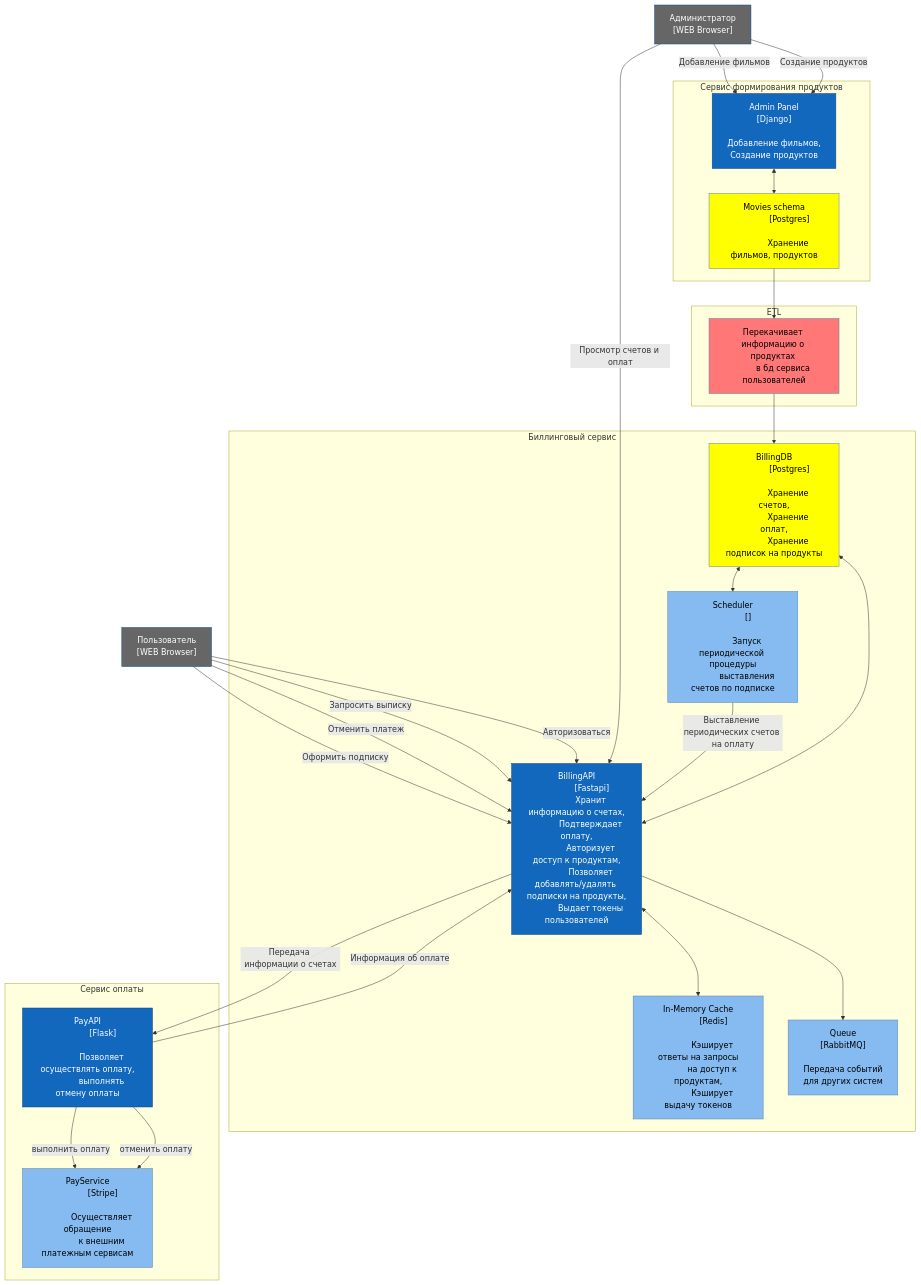
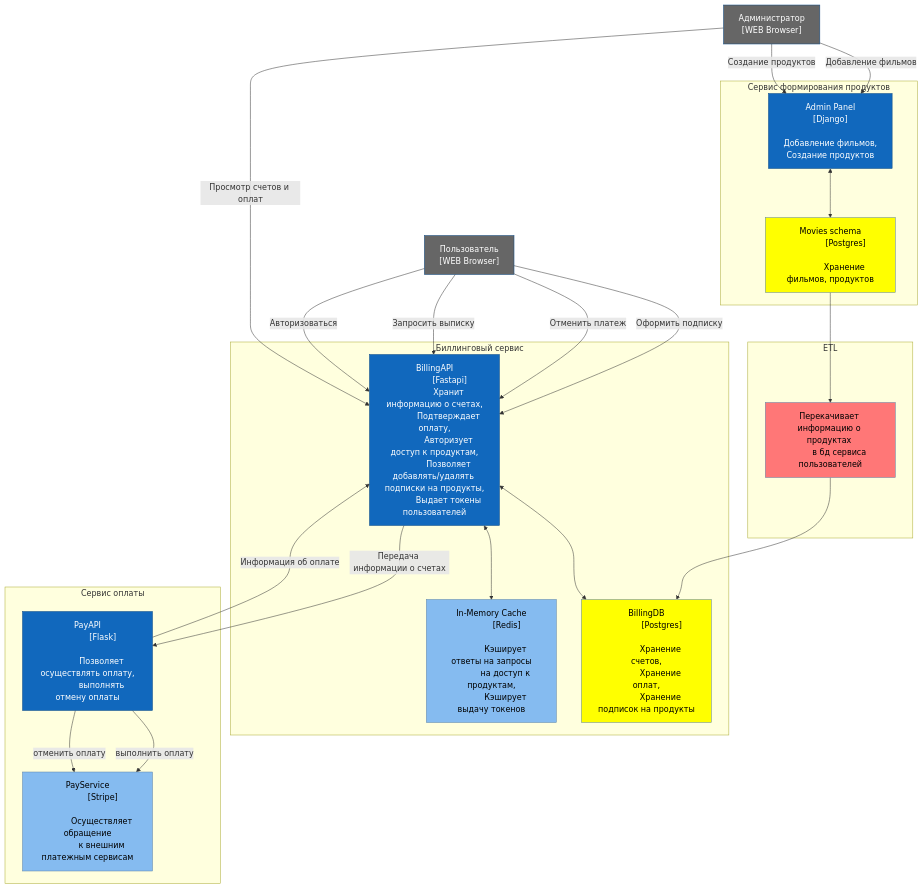
The diagram in architecture/components.md (fall3nangel/Billing_Stripe), drawn with Mermaid before and after one commit.

Commit message:
update components model

```diff
--- a/architecture/components.md
+++ b/architecture/components.md
@@ -64,23 +64,12 @@
             Кэширует ответы на запросы
             на доступ к продуктам,
             Кэширует выдачу токенов"]
-            
-        Scheduler["Scheduler
-            []
-            
-            Запуск периодической процедуры
-            выставления счетов по подписке"]
         
-        Queue["Queue
-            [RabbitMQ]
-            
-            Передача событий
-            для других систем"]
         
         BillingAPI<-->BillingDB
         BillingAPI<-->BillingCache
-        BillingDB<-->Scheduler
-        BillingAPI-->Queue
+
+
 
     end
      
@@ -115,8 +104,7 @@
     MovieDB-->Admin_panel_TO_UserService
     Admin_panel_TO_UserService-->BillingDB
     
-    Scheduler--"Выставление периодических счетов на оплату"-->BillingAPI
-    
+     
     class AdminPanel api
     class PayAPI api
     class UserAPI api
```
